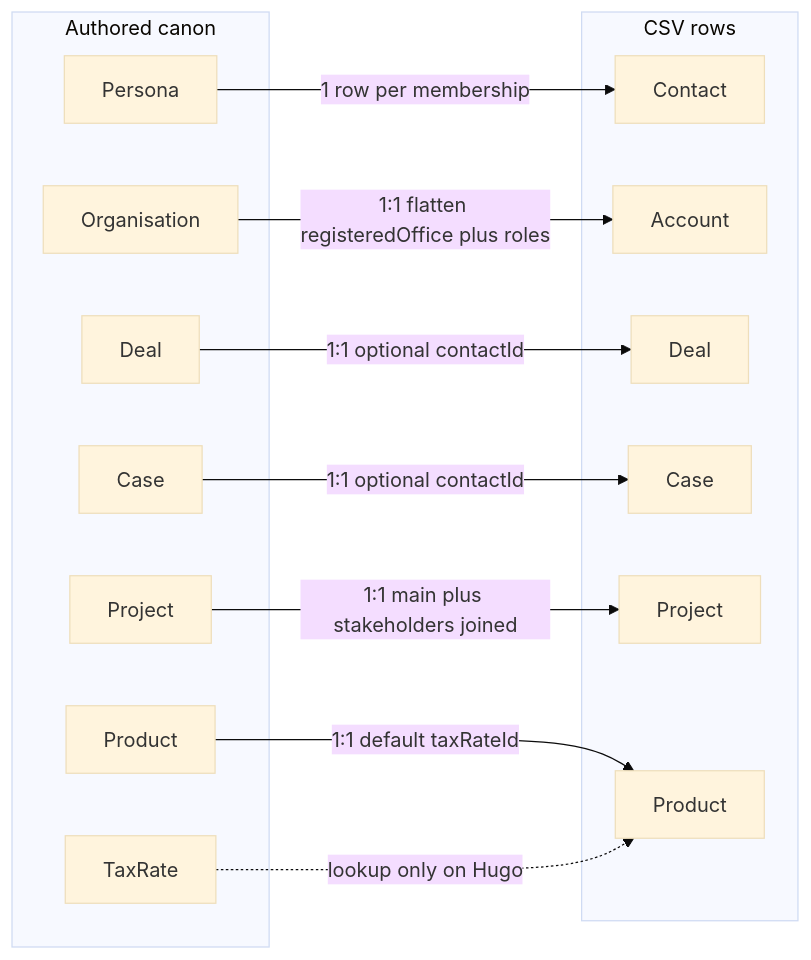
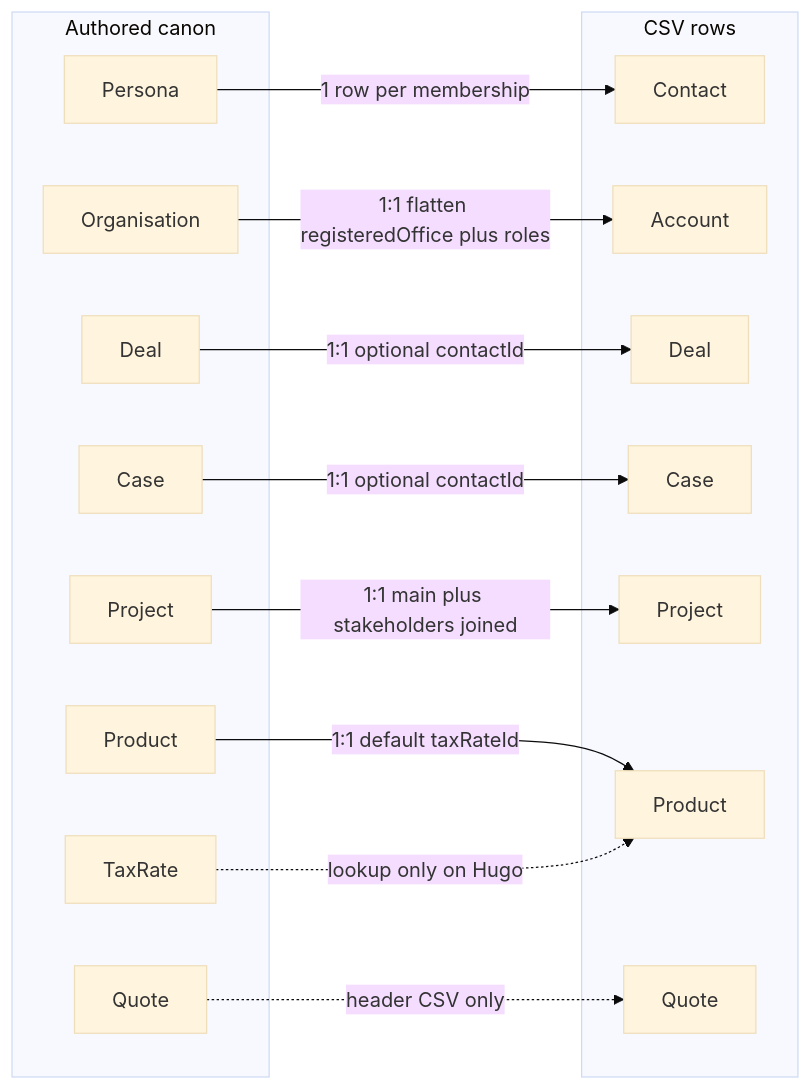
One commit to markheydon/turpinverse changed the eighth of 8 diagrams in docs/entity-relationships.md. Above: the diagram before and after it, drawn with Mermaid (base theme). The commit also changed other lines of this file and 56 other files, not shown here.

````diff
--- a/docs/entity-relationships.md
+++ b/docs/entity-relationships.md
@@ -307,27 +307,30 @@
 ```mermaid
 flowchart LR
     subgraph canon [Authored canon]
         Persona
         Organisation
         Deal
         Case
         Project
         Product
         TaxRate
+        Quote
     end
     subgraph csv [CSV rows]
         Contact
         Account
         DealRow[Deal]
         CaseRow[Case]
         ProjectRow[Project]
         ProductRow[Product]
+        QuoteRow[Quote]
     end
     Persona -->|"1 row per membership"| Contact
     Organisation -->|"1:1 flatten registeredOffice plus roles"| Account
     Deal -->|"1:1 optional contactId"| DealRow
     Case -->|"1:1 optional contactId"| CaseRow
     Project -->|"1:1 main plus stakeholders joined"| ProjectRow
     Product -->|"1:1 default taxRateId"| ProductRow
     TaxRate -.->|"lookup only on Hugo"| ProductRow
+    Quote -.->|"header CSV only"| QuoteRow[Quote]
 ```
````
